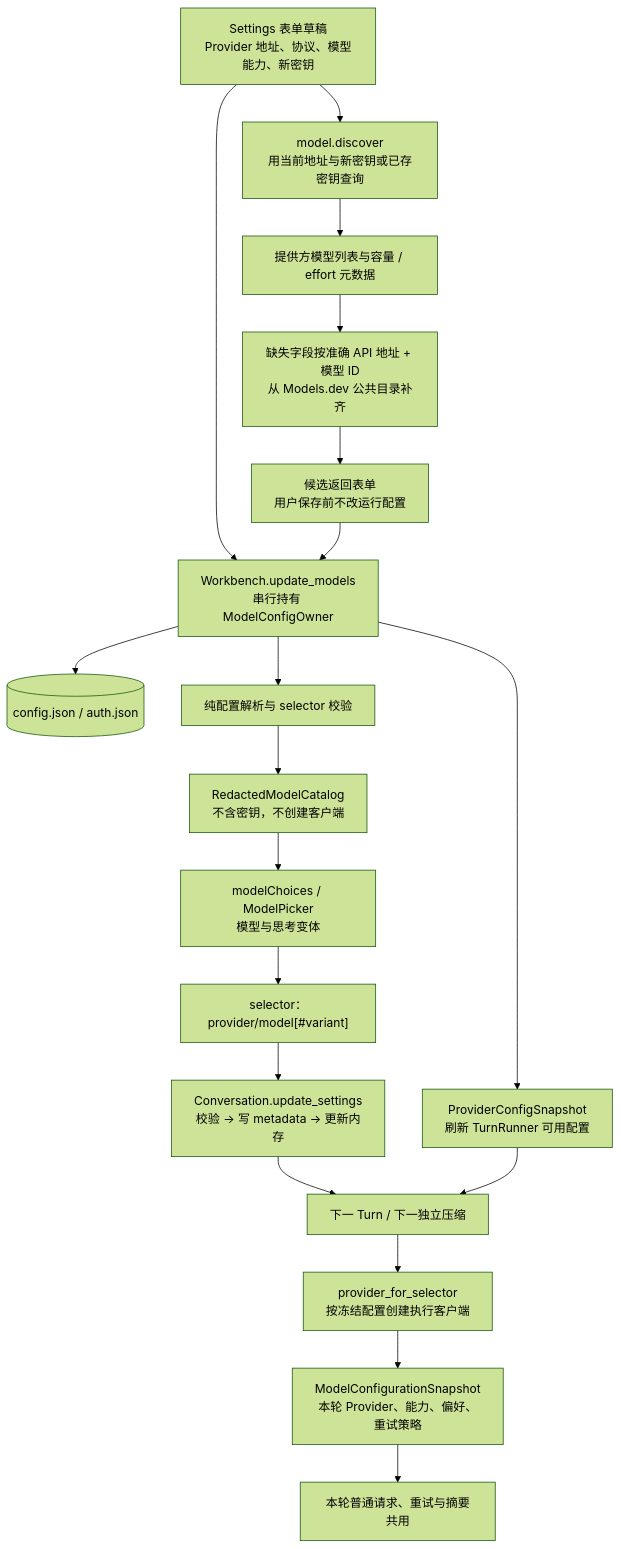
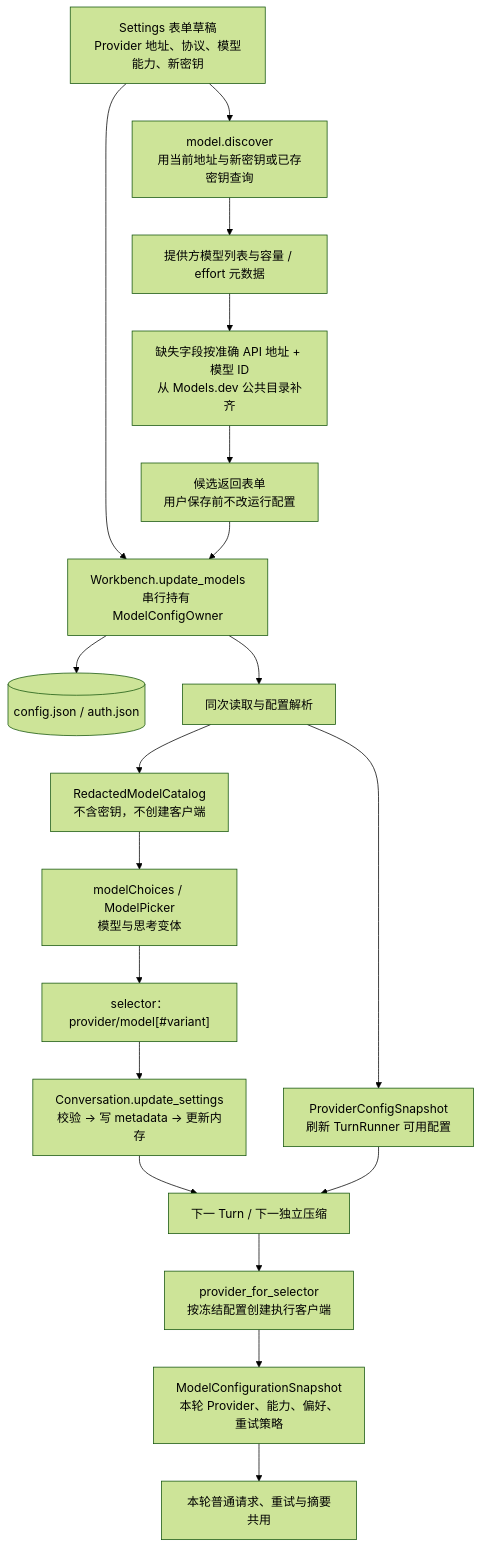
One commit to qjcnmd/singularity-agent changed diagram 18 of 29 in docs/singularity.md. Above: the diagram before and after it, drawn with Mermaid (forest theme). The commit also changed other lines of this file and 44 other files, not shown here.

````diff
--- a/docs/singularity.md
+++ b/docs/singularity.md
@@ -481,21 +479,21 @@
 ```mermaid
 flowchart TB
     Form["Settings 表单草稿<br/>Provider 地址、协议、模型能力、新密钥"] --> Discover["model.discover<br/>用当前地址与新密钥或已存密钥查询"]
     Discover --> Remote["提供方模型列表与容量 / effort 元数据"]
     Remote --> Missing["缺失字段按准确 API 地址 + 模型 ID<br/>从 Models.dev 公共目录补齐"]
     Missing --> Candidates["候选返回表单<br/>用户保存前不改运行配置"]
     Form --> Save["Workbench.update_models<br/>串行持有 ModelConfigOwner"]
     Candidates --> Save
     Save --> Disk[("config.json / auth.json")]
-    Save --> ProviderSnapshot["ProviderConfigSnapshot<br/>刷新 TurnRunner 可用配置"]
-    Save --> Parsed["纯配置解析与 selector 校验"]
+    Save --> Parsed["同次读取与配置解析"]
+    Parsed --> ProviderSnapshot["ProviderConfigSnapshot<br/>刷新 TurnRunner 可用配置"]
     Parsed --> Catalog["RedactedModelCatalog<br/>不含密钥，不创建客户端"]
     Catalog --> Picker["modelChoices / ModelPicker<br/>模型与思考变体"]
     Picker --> Selector["selector：provider/model[#variant]"]
     Selector --> Settings["Conversation.update_settings<br/>校验 → 写 metadata → 更新内存"]
     Settings --> Next["下一 Turn / 下一独立压缩"]
     ProviderSnapshot --> Next
     Next --> Factory["provider_for_selector<br/>按冻结配置创建执行客户端"]
     Factory --> Frozen["ModelConfigurationSnapshot<br/>本轮 Provider、能力、偏好、重试策略"]
     Frozen --> Requests["本轮普通请求、重试与摘要共用"]
 ```
````
